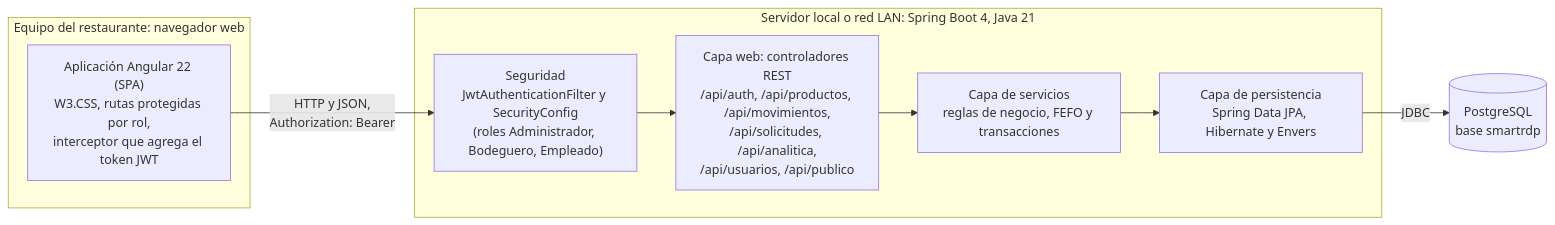
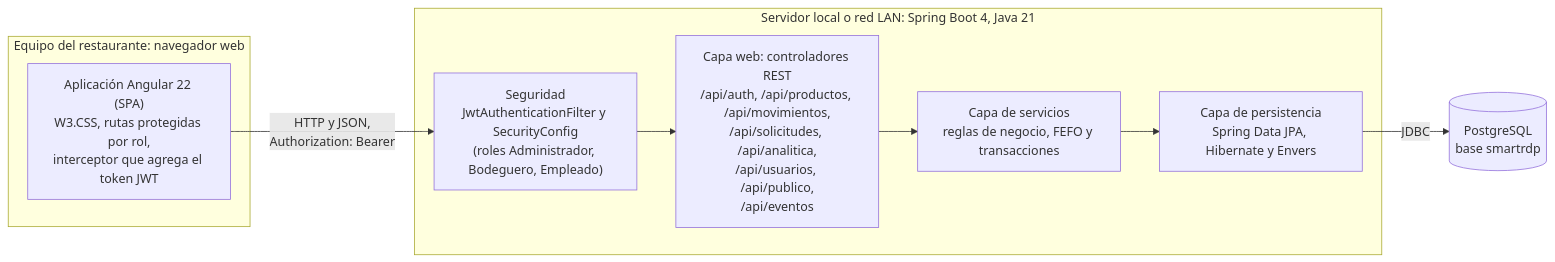
The fifth of 5 diagrams in FASE-2/EVIDENCIAS-DE-PROYECTO/08-Diagramas-UML.md (ezequielesq/SAN-BERNARDO-MALLEN-GONZALEZ-PTY4614-002D-EQUIPO-3), drawn with Mermaid before and after one commit. The commit also changed other lines of this file and 6 other files, not shown here.

Commit message:
Documenta los eventos y las entradas por Excel y regenera los diagramas

````diff
--- a/FASE-2/EVIDENCIAS-DE-PROYECTO/08-Diagramas-UML.md
+++ b/FASE-2/EVIDENCIAS-DE-PROYECTO/08-Diagramas-UML.md
@@ -243,19 +261,19 @@
 ```mermaid
 flowchart LR
     subgraph CL["Equipo del restaurante: navegador web"]
         SPA["Aplicación Angular 22 (SPA)<br/>W3.CSS, rutas protegidas por rol,<br/>interceptor que agrega el token JWT"]
     end
 
     subgraph SRV["Servidor local o red LAN: Spring Boot 4, Java 21"]
         SEC["Seguridad<br/>JwtAuthenticationFilter y SecurityConfig<br/>(roles Administrador, Bodeguero, Empleado)"]
-        CTL["Capa web: controladores REST<br/>/api/auth, /api/productos, /api/movimientos,<br/>/api/solicitudes, /api/analitica,<br/>/api/usuarios, /api/publico"]
+        CTL["Capa web: controladores REST<br/>/api/auth, /api/productos, /api/movimientos,<br/>/api/solicitudes, /api/analitica,<br/>/api/usuarios, /api/publico,<br/>/api/eventos"]
         SVC["Capa de servicios<br/>reglas de negocio, FEFO y transacciones"]
         REP["Capa de persistencia<br/>Spring Data JPA, Hibernate y Envers"]
         SEC --> CTL --> SVC --> REP
     end
 
     DB[("PostgreSQL<br/>base smartrdp")]
 
     SPA -- "HTTP y JSON,<br/>Authorization: Bearer" --> SEC
     REP -- "JDBC" --> DB
 ```
````
